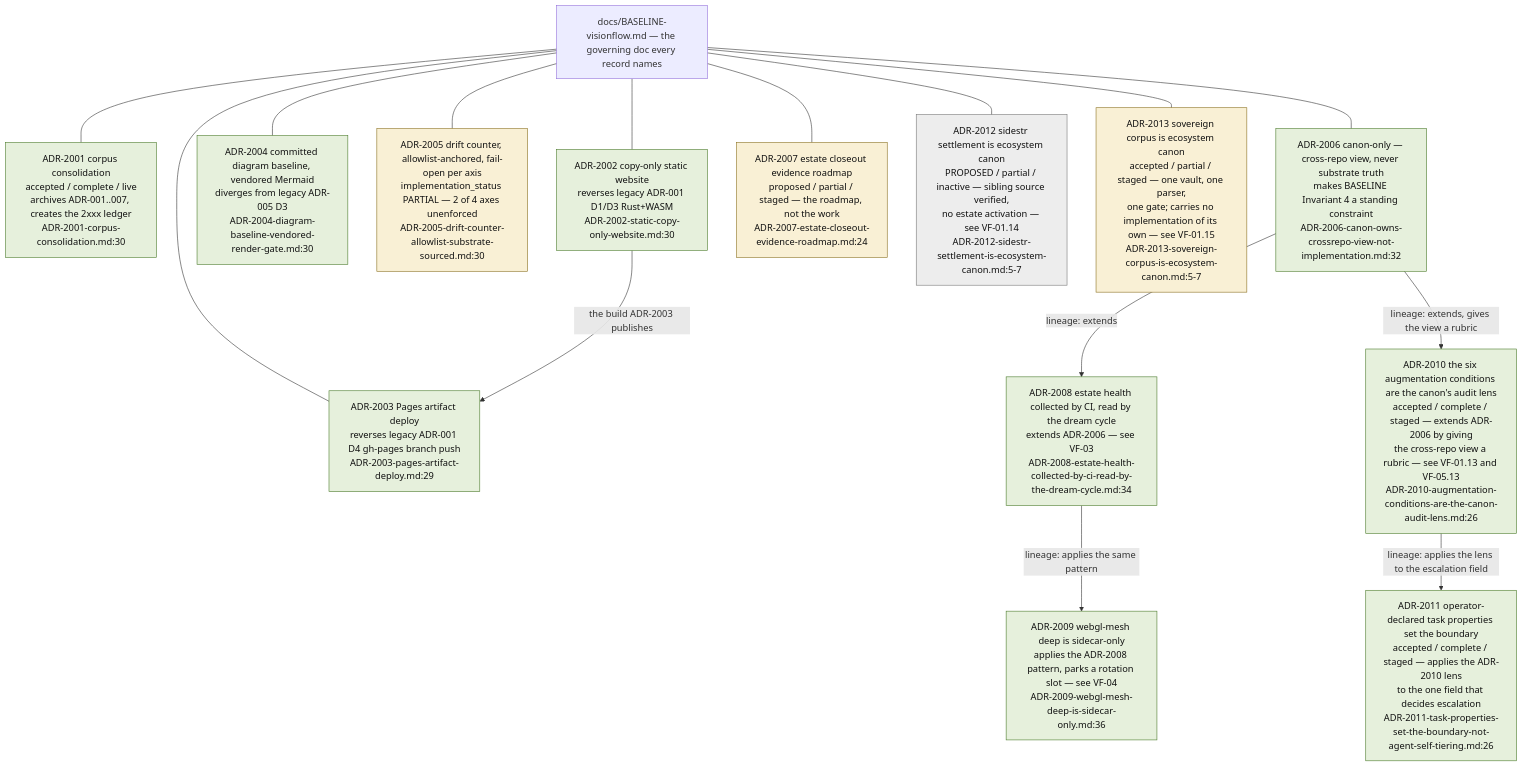
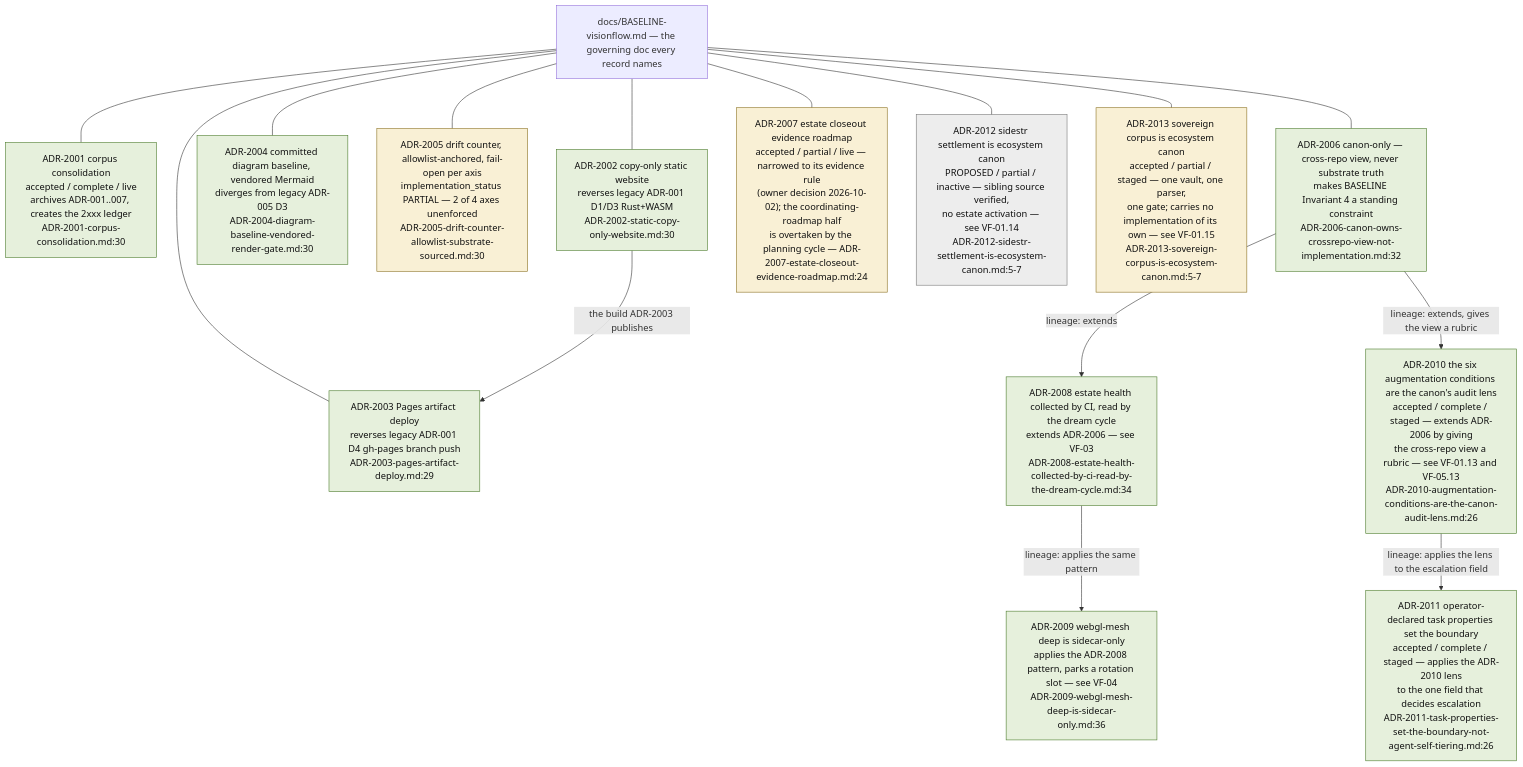
One commit to DreamLab-AI/VisionFlow changed the sixth of 11 diagrams in docs/diagrams/visionflow/01-repo-composition-and-canon.md. Above: the diagram before and after it, drawn with Mermaid. The commit also changed other lines of this file and 21 other files, not shown here.

Commit message:
docs(diagrams): refresh first verified estate batch

````diff
--- a/docs/diagrams/visionflow/01-repo-composition-and-canon.md
+++ b/docs/diagrams/visionflow/01-repo-composition-and-canon.md
@@ -247,36 +248,36 @@
 ```mermaid
 flowchart TB
     classDef live fill:#e6f0dc,stroke:#4a7a2a,color:#111
     classDef part fill:#f9f0d5,stroke:#8a7020,color:#111
     classDef prop fill:#ededed,stroke:#777,color:#111
     BASE["docs/BASELINE-visionflow.md — the governing doc every record names"]
 
     A1["ADR-2001 corpus consolidation<br/>accepted / complete / live<br/>archives ADR-001..007, creates the 2xxx ledger<br/>ADR-2001-corpus-consolidation.md:30"]:::live
     A2["ADR-2002 copy-only static website<br/>reverses legacy ADR-001 D1/D3 Rust+WASM<br/>ADR-2002-static-copy-only-website.md:30"]:::live
     A3["ADR-2003 Pages artifact deploy<br/>reverses legacy ADR-001 D4 gh-pages branch push<br/>ADR-2003-pages-artifact-deploy.md:29"]:::live
     A4["ADR-2004 committed diagram baseline, vendored Mermaid<br/>diverges from legacy ADR-005 D3<br/>ADR-2004-diagram-baseline-vendored-render-gate.md:30"]:::live
     A5["ADR-2005 drift counter, allowlist-anchored, fail-open per axis<br/>implementation_status PARTIAL — 2 of 4 axes unenforced<br/>ADR-2005-drift-counter-allowlist-substrate-sourced.md:30"]:::part
     A6["ADR-2006 canon-only — cross-repo view, never substrate truth<br/>makes BASELINE Invariant 4 a standing constraint<br/>ADR-2006-canon-owns-crossrepo-view-not-implementation.md:32"]:::live
-    A7["ADR-2007 estate closeout evidence roadmap<br/>proposed / partial / staged — the roadmap, not the work<br/>ADR-2007-estate-closeout-evidence-roadmap.md:24"]:::part
+    A7["ADR-2007 estate closeout evidence roadmap<br/>accepted / partial / live — narrowed to its evidence rule<br/>(owner decision 2026-10-02); the coordinating-roadmap half<br/>is overtaken by the planning cycle — ADR-2007-estate-closeout-evidence-roadmap.md:24"]:::part
     A8["ADR-2008 estate health collected by CI, read by the dream cycle<br/>extends ADR-2006 — see VF-03<br/>ADR-2008-estate-health-collected-by-ci-read-by-the-dream-cycle.md:34"]:::live
     A9["ADR-2009 webgl-mesh deep is sidecar-only<br/>applies the ADR-2008 pattern, parks a rotation slot — see VF-04<br/>ADR-2009-webgl-mesh-deep-is-sidecar-only.md:36"]:::live
     A10["ADR-2010 the six augmentation conditions are the canon's audit lens<br/>accepted / complete / staged — extends ADR-2006 by giving<br/>the cross-repo view a rubric — see VF-01.13 and VF-05.13<br/>ADR-2010-augmentation-conditions-are-the-canon-audit-lens.md:26"]:::live
     A11["ADR-2011 operator-declared task properties set the boundary<br/>accepted / complete / staged — applies the ADR-2010 lens<br/>to the one field that decides escalation<br/>ADR-2011-task-properties-set-the-boundary-not-agent-self-tiering.md:26"]:::live
     A12["ADR-2012 sidestr settlement is ecosystem canon<br/>PROPOSED / partial / inactive — sibling source verified,<br/>no estate activation — see VF-01.14<br/>ADR-2012-sidestr-settlement-is-ecosystem-canon.md:5-7"]:::prop
     A13["ADR-2013 sovereign corpus is ecosystem canon<br/>accepted / partial / staged — one vault, one parser,<br/>one gate; carries no implementation of its own — see VF-01.15<br/>ADR-2013-sovereign-corpus-is-ecosystem-canon.md:5-7"]:::part
 
     BASE --- A1
     BASE --- A2
     BASE --- A3
     BASE --- A4
     BASE --- A5
     BASE --- A6
     BASE --- A7
     BASE --- A12
     A6 -->|"lineage: extends"| A8
     A8 -->|"lineage: applies the same pattern"| A9
     A2 -->|"the build ADR-2003 publishes"| A3
     A6 -->|"lineage: extends, gives the view a rubric"| A10
     A10 -->|"lineage: applies the lens to the escalation field"| A11
     BASE --- A13
 ```
````
